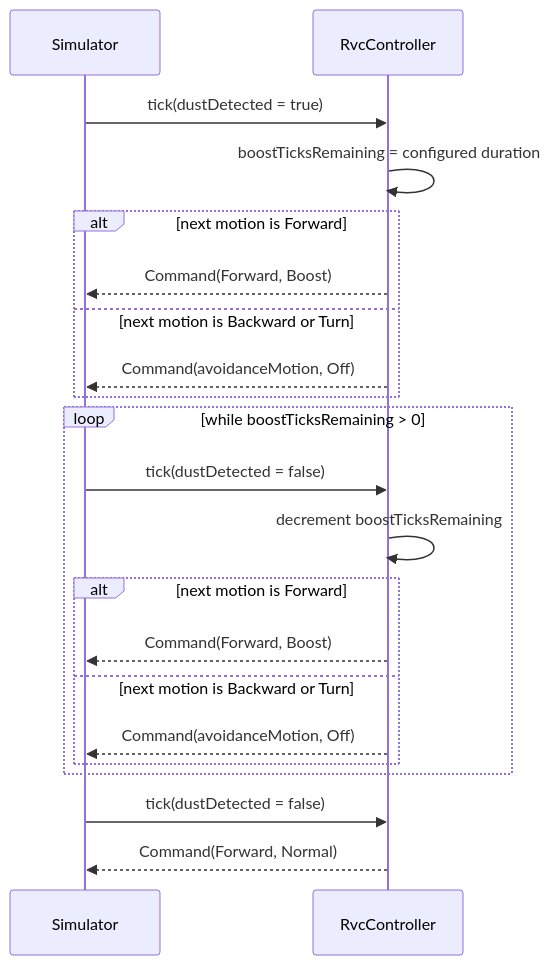
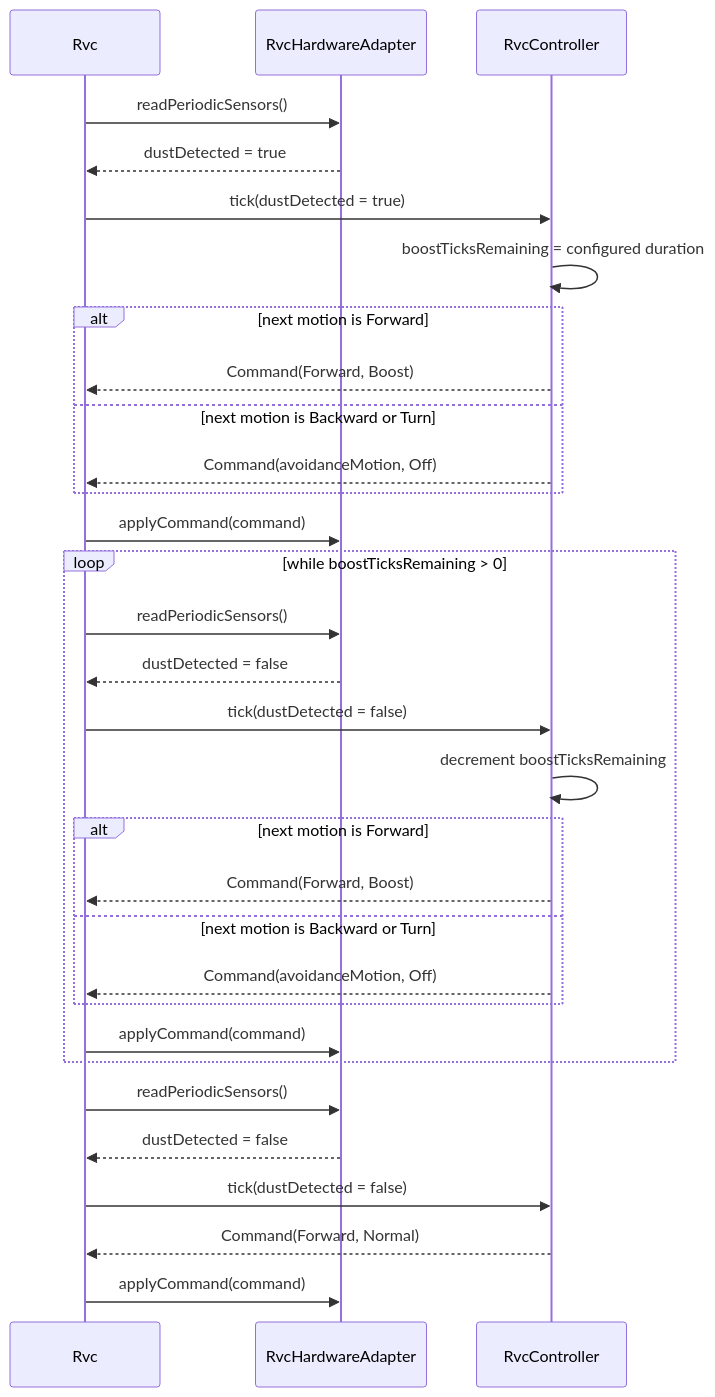
One commit to reload02/ooad-vibe changed the sixth of 6 diagrams in docs/ood_sequence_diagrams.md. Above: the diagram before and after it, drawn with Mermaid. The commit also changed other lines of this file and 15 other files, not shown here.

First line of the commit message:
Refactor RVC Control System Architecture

````diff
--- a/docs/ood_sequence_diagrams.md
+++ b/docs/ood_sequence_diagrams.md
@@ -97,24 +140,34 @@
 ```mermaid
 sequenceDiagram
-    participant Simulator
+    participant Rvc
+    participant Adapter as RvcHardwareAdapter
     participant Controller as RvcController
 
-    Simulator->>Controller: tick(dustDetected = true)
+    Rvc->>Adapter: readPeriodicSensors()
+    Adapter-->>Rvc: dustDetected = true
+    Rvc->>Controller: tick(dustDetected = true)
     Controller->>Controller: boostTicksRemaining = configured duration
     alt next motion is Forward
-        Controller-->>Simulator: Command(Forward, Boost)
+        Controller-->>Rvc: Command(Forward, Boost)
     else next motion is Backward or Turn
-        Controller-->>Simulator: Command(avoidanceMotion, Off)
+        Controller-->>Rvc: Command(avoidanceMotion, Off)
     end
+    Rvc->>Adapter: applyCommand(command)
     loop while boostTicksRemaining > 0
-        Simulator->>Controller: tick(dustDetected = false)
+        Rvc->>Adapter: readPeriodicSensors()
+        Adapter-->>Rvc: dustDetected = false
+        Rvc->>Controller: tick(dustDetected = false)
         Controller->>Controller: decrement boostTicksRemaining
         alt next motion is Forward
-            Controller-->>Simulator: Command(Forward, Boost)
+            Controller-->>Rvc: Command(Forward, Boost)
         else next motion is Backward or Turn
-            Controller-->>Simulator: Command(avoidanceMotion, Off)
+            Controller-->>Rvc: Command(avoidanceMotion, Off)
         end
+        Rvc->>Adapter: applyCommand(command)
     end
-    Simulator->>Controller: tick(dustDetected = false)
-    Controller-->>Simulator: Command(Forward, Normal)
+    Rvc->>Adapter: readPeriodicSensors()
+    Adapter-->>Rvc: dustDetected = false
+    Rvc->>Controller: tick(dustDetected = false)
+    Controller-->>Rvc: Command(Forward, Normal)
+    Rvc->>Adapter: applyCommand(command)
 ```
````
